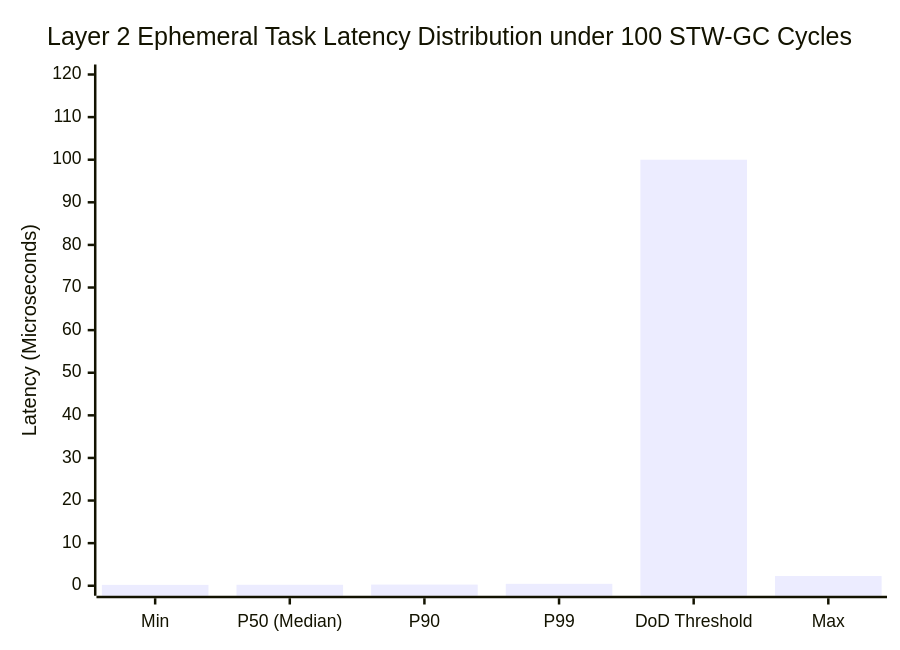
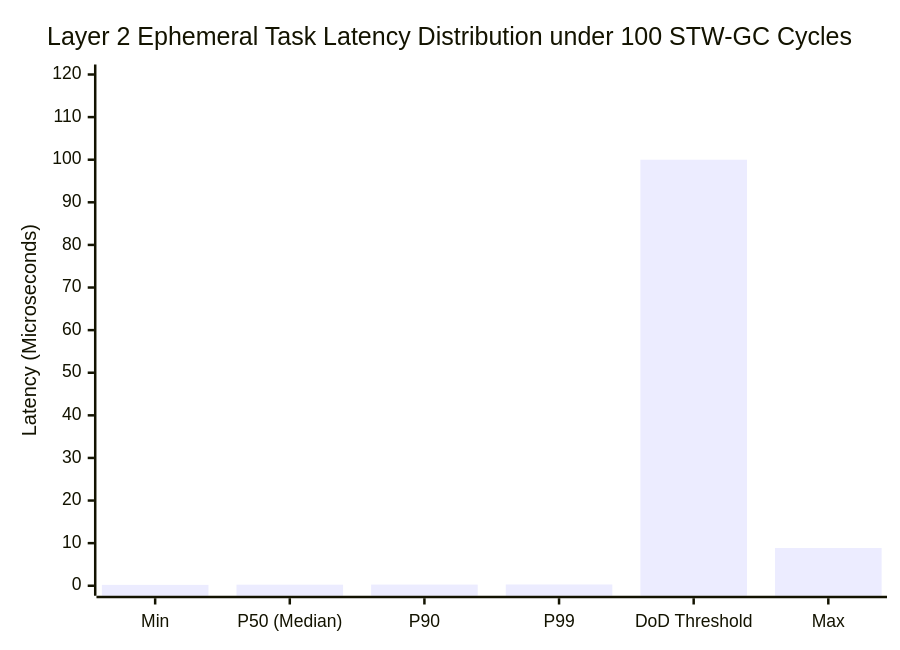
One commit to rokujyouhitoma/arxiv-security-papers changed the second of 2 diagrams in docs/benchmarks/concurrency_evaluation.md. Above: the diagram before and after it, drawn with Mermaid. The commit also changed other lines of this file, not shown here.

````diff
--- a/docs/benchmarks/concurrency_evaluation.md
+++ b/docs/benchmarks/concurrency_evaluation.md
@@ -160,7 +160,7 @@
 ```mermaid
 xychart-beta
     title "Layer 2 Ephemeral Task Latency Distribution under 100 STW-GC Cycles"
     x-axis ["Min", "P50 (Median)", "P90", "P99", "DoD Threshold", "Max"]
     y-axis "Latency (Microseconds)" 0 --> 120
-    bar [0.21, 0.23, 0.27, 0.45, 100.0, 2.28]
+    bar [0.21, 0.25, 0.27, 0.30, 100.0, 8.86]
 ```
````
